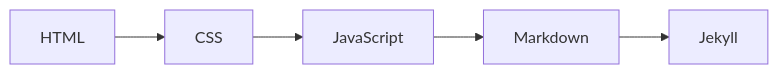
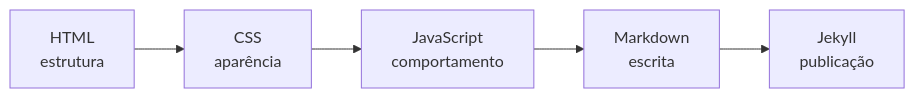
The diagram in programacao/index.md (pangolimbr/pangolimbr.github.io), drawn with Mermaid before and after one commit. The commit also changed other lines of this file, not shown here.

Commit message:
Atualiza arquivo Tabelas em Markdown

````diff
--- a/programacao/index.md
+++ b/programacao/index.md
@@ -69,7 +71,7 @@
 ```mermaid
 flowchart LR
-    HTML --> CSS
-    CSS --> JavaScript
-    JavaScript --> Markdown
-    Markdown --> Jekyll
+    HTML["HTML<br>estrutura"] --> CSS["CSS<br>aparência"]
+    CSS --> JS["JavaScript<br>comportamento"]
+    JS --> MD["Markdown<br>escrita"]
+    MD --> JK["Jekyll<br>publicação"]
 ```
````
